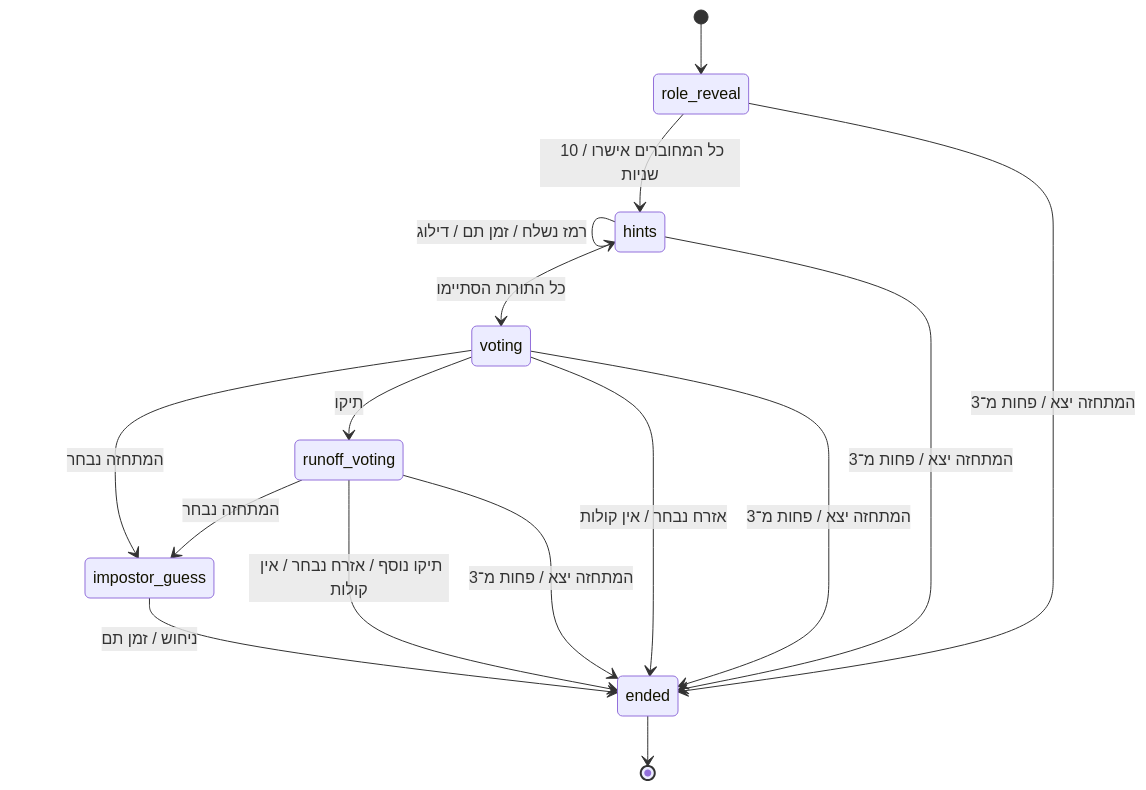
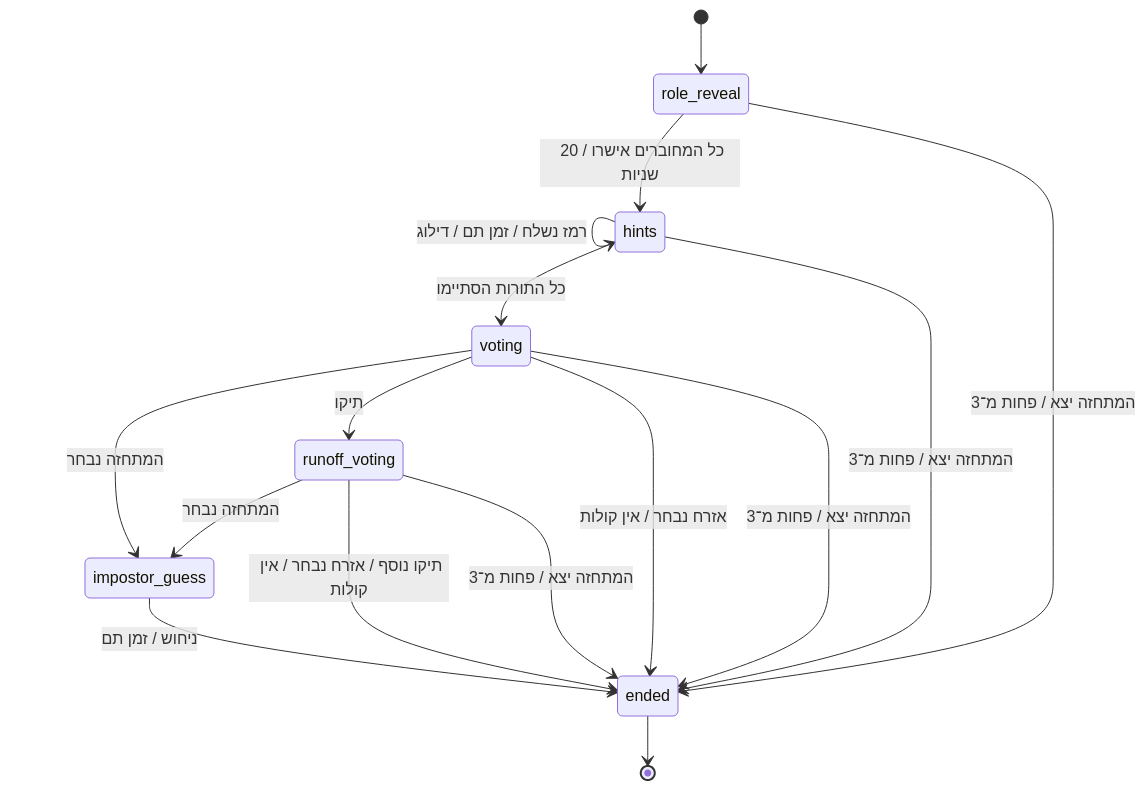
Before and after one commit to dorohayon/Imposter-IL: the first of 4 diagrams in docs/architecture.md, drawn with Mermaid. The commit also changed other lines of this file and 11 other files, not shown here.

First line of the commit message:
fix: the 20 seconds belong to the role reveal, not the match countdown

````diff
--- a/docs/architecture.md
+++ b/docs/architecture.md
@@ -75,18 +75,18 @@
 ```mermaid
 stateDiagram-v2
     [*] --> role_reveal
-    role_reveal --> hints: כל המחוברים אישרו / 10 שניות
+    role_reveal --> hints: כל המחוברים אישרו / 20 שניות
     hints --> hints: רמז נשלח / זמן תם / דילוג
     hints --> voting: כל התורות הסתיימו
     voting --> impostor_guess: המתחזה נבחר
     voting --> runoff_voting: תיקו
     voting --> ended: אזרח נבחר / אין קולות
     runoff_voting --> impostor_guess: המתחזה נבחר
     runoff_voting --> ended: תיקו נוסף / אזרח נבחר / אין קולות
     impostor_guess --> ended: ניחוש / זמן תם
     role_reveal --> ended: המתחזה יצא / פחות מ־3
     hints --> ended: המתחזה יצא / פחות מ־3
     voting --> ended: המתחזה יצא / פחות מ־3
     runoff_voting --> ended: המתחזה יצא / פחות מ־3
     ended --> [*]
 ```
````
